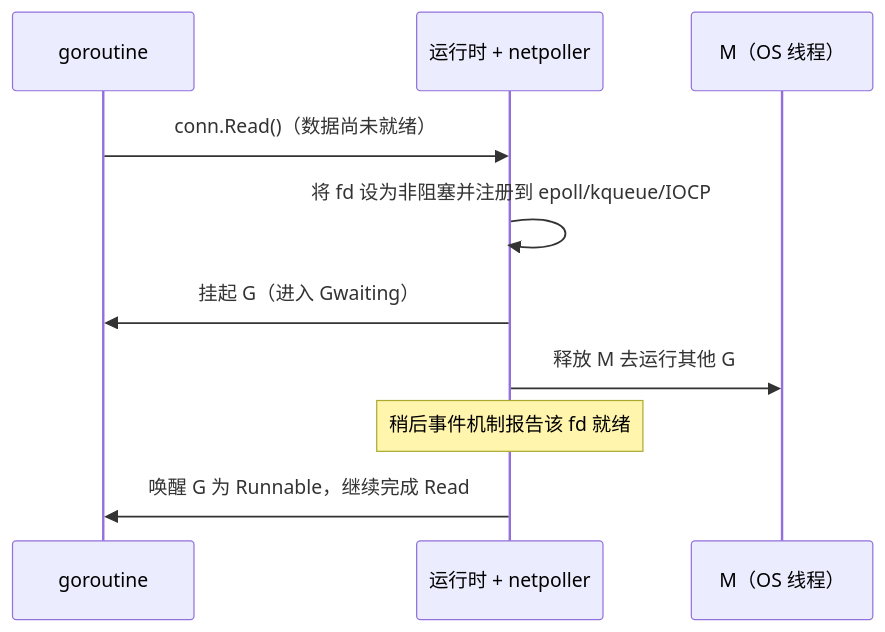
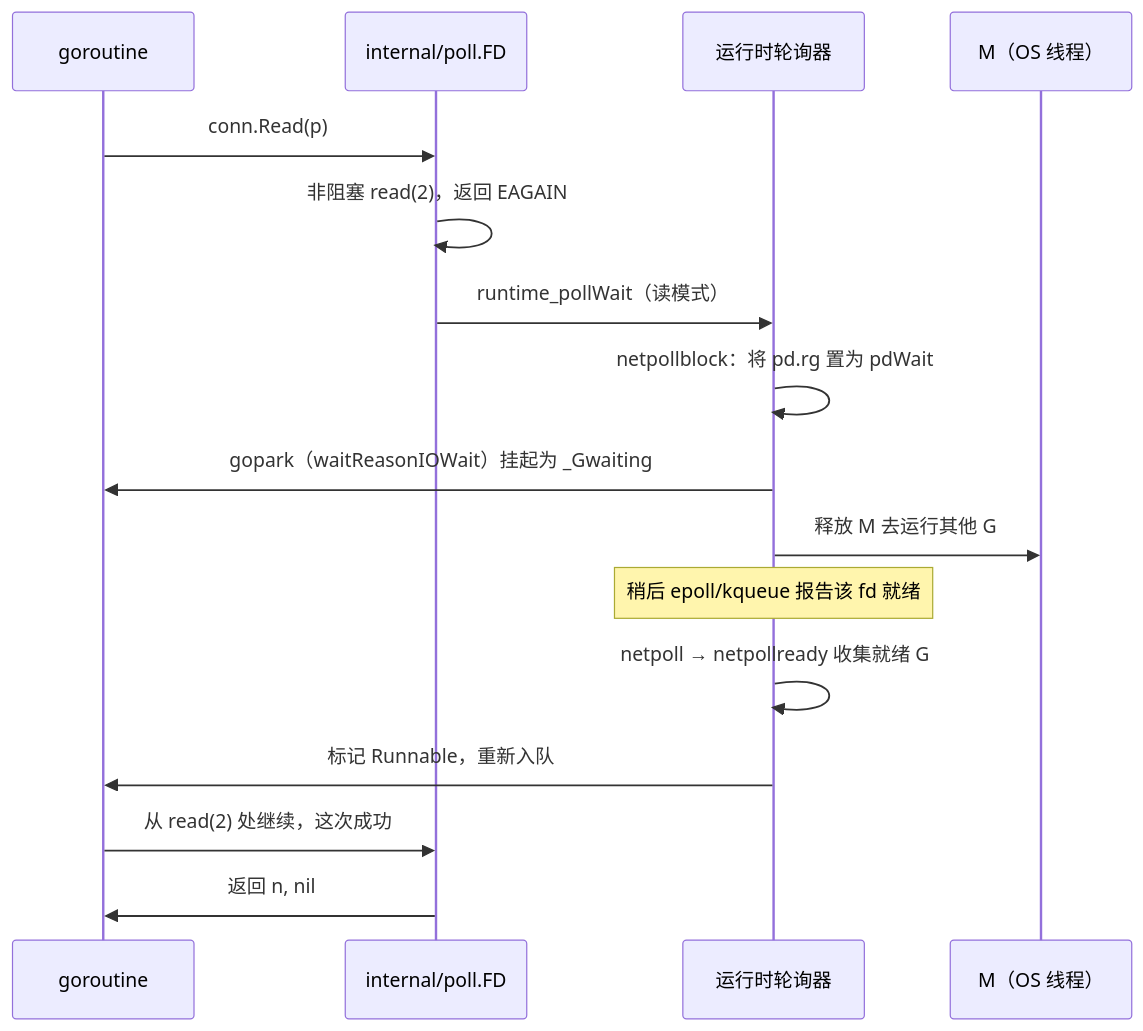
Before and after one commit to golang-design/under-the-hood: the first of 2 diagrams in book/zh-cn/part3concurrency/ch09sched/poller.md, drawn with Mermaid. The commit also changed other lines of this file and 9 other files, not shown here.

````diff
--- a/book/zh-cn/part3concurrency/ch09sched/poller.md
+++ b/book/zh-cn/part3concurrency/ch09sched/poller.md
@@ -56,12 +81,18 @@
 ```mermaid
 sequenceDiagram
     participant G as goroutine
-    participant RT as 运行时 + netpoller
+    participant FD as internal/poll.FD
+    participant RT as 运行时轮询器
     participant M as M（OS 线程）
-    G->>RT: conn.Read()（数据尚未就绪）
-    RT->>RT: 将 fd 设为非阻塞并注册到 epoll/kqueue/IOCP
-    RT->>G: 挂起 G（进入 Gwaiting）
+    G->>FD: conn.Read(p)
+    FD->>FD: 非阻塞 read(2)，返回 EAGAIN
+    FD->>RT: runtime_pollWait（读模式）
+    RT->>RT: netpollblock：将 pd.rg 置为 pdWait
+    RT->>G: gopark（waitReasonIOWait）挂起为 _Gwaiting
     RT->>M: 释放 M 去运行其他 G
-    Note over RT: 稍后事件机制报告该 fd 就绪
-    RT->>G: 唤醒 G 为 Runnable，继续完成 Read
+    Note over RT: 稍后 epoll/kqueue 报告该 fd 就绪
+    RT->>RT: netpoll → netpollready 收集就绪 G
+    RT->>G: 标记 Runnable，重新入队
+    G->>FD: 从 read(2) 处继续，这次成功
+    FD->>G: 返回 n, nil
 ```
````
